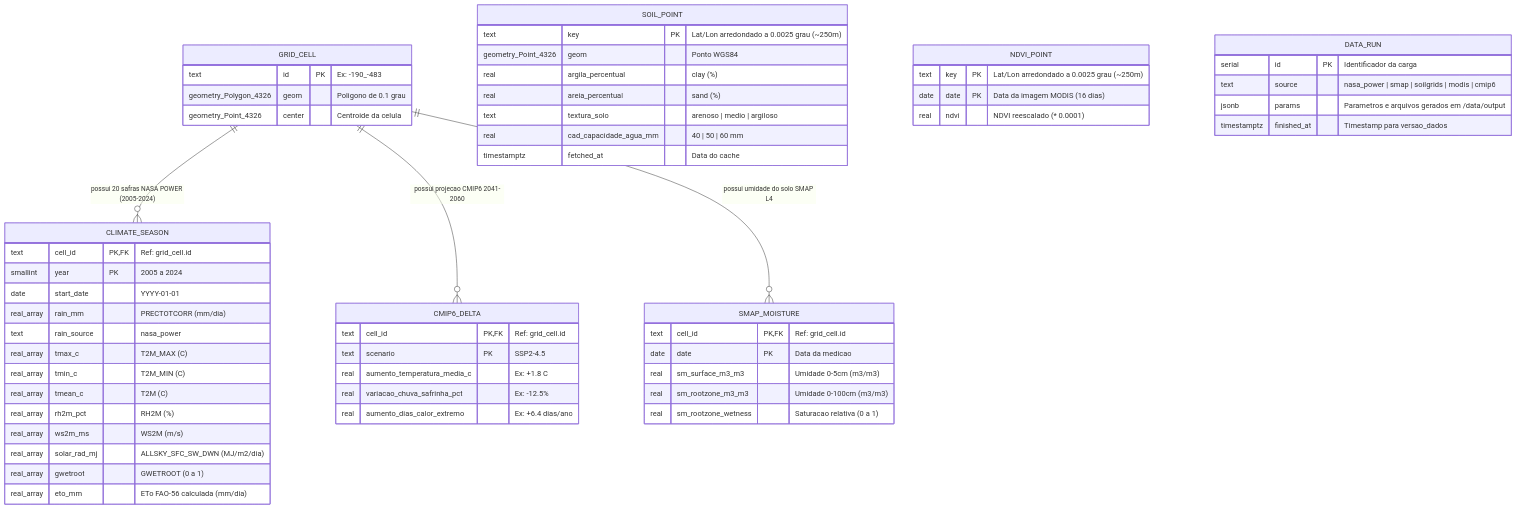
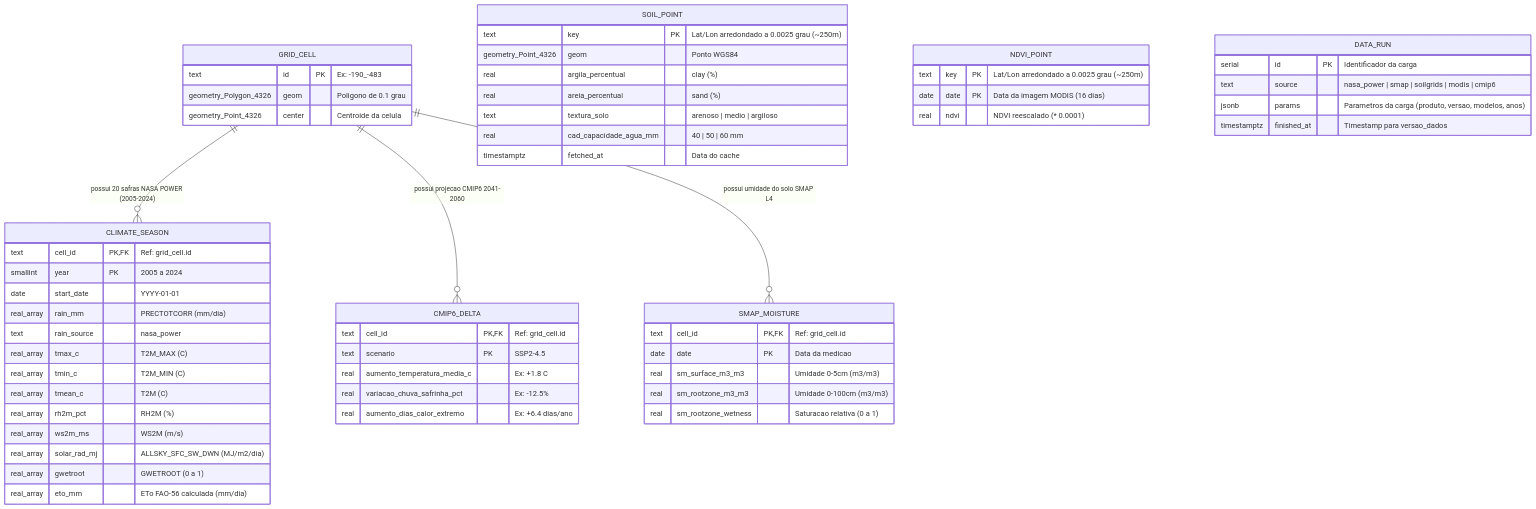
One commit to Ricardo07g/nasa-challenge changed the sixth of 6 diagrams in projeto/backend/docs/diagrama-de-classes.md. Above: the diagram before and after it, drawn with Mermaid. The commit also changed other lines of this file and 1 other file, not shown here.

First line of the commit message:
docs(backend): diagramas sem Earth Engine e com as classes reais (R0.4)

````diff
--- a/projeto/backend/docs/diagrama-de-classes.md
+++ b/projeto/backend/docs/diagrama-de-classes.md
@@ -512,67 +530,67 @@
 ```mermaid
 erDiagram
     GRID_CELL ||--o{ CLIMATE_SEASON : "possui 20 safras NASA POWER (2005-2024)"
     GRID_CELL ||--o{ CMIP6_DELTA : "possui projecao CMIP6 2041-2060"
     GRID_CELL ||--o{ SMAP_MOISTURE : "possui umidade do solo SMAP L4"
 
     GRID_CELL {
         text id PK "Ex: -190_-483"
         geometry_Polygon_4326 geom "Poligono de 0.1 grau"
         geometry_Point_4326 center "Centroide da celula"
     }
 
     CLIMATE_SEASON {
         text cell_id PK, FK "Ref: grid_cell.id"
         smallint year PK "2005 a 2024"
         date start_date "YYYY-01-01"
         real_array rain_mm "PRECTOTCORR (mm/dia)"
         text rain_source "nasa_power"
         real_array tmax_c "T2M_MAX (C)"
         real_array tmin_c "T2M_MIN (C)"
         real_array tmean_c "T2M (C)"
         real_array rh2m_pct "RH2M (%)"
         real_array ws2m_ms "WS2M (m/s)"
         real_array solar_rad_mj "ALLSKY_SFC_SW_DWN (MJ/m2/dia)"
         real_array gwetroot "GWETROOT (0 a 1)"
         real_array eto_mm "ETo FAO-56 calculada (mm/dia)"
     }
 
     SMAP_MOISTURE {
         text cell_id PK, FK "Ref: grid_cell.id"
         date date PK "Data da medicao"
         real sm_surface_m3_m3 "Umidade 0-5cm (m3/m3)"
         real sm_rootzone_m3_m3 "Umidade 0-100cm (m3/m3)"
         real sm_rootzone_wetness "Saturacao relativa (0 a 1)"
     }
 
     CMIP6_DELTA {
         text cell_id PK, FK "Ref: grid_cell.id"
         text scenario PK "SSP2-4.5"
         real aumento_temperatura_media_c "Ex: +1.8 C"
         real variacao_chuva_safrinha_pct "Ex: -12.5%"
         real aumento_dias_calor_extremo "Ex: +6.4 dias/ano"
     }
 
     SOIL_POINT {
         text key PK "Lat/Lon arredondado a 0.0025 grau (~250m)"
         geometry_Point_4326 geom "Ponto WGS84"
         real argila_percentual "clay (%)"
         real areia_percentual "sand (%)"
         text textura_solo "arenoso | medio | argiloso"
         real cad_capacidade_agua_mm "40 | 50 | 60 mm"
         timestamptz fetched_at "Data do cache"
     }
 
     NDVI_POINT {
         text key PK "Lat/Lon arredondado a 0.0025 grau (~250m)"
         date date PK "Data da imagem MODIS (16 dias)"
         real ndvi "NDVI reescalado (* 0.0001)"
     }
 
     DATA_RUN {
         serial id PK "Identificador da carga"
         text source "nasa_power | smap | soilgrids | modis | cmip6"
-        jsonb params "Parametros e arquivos gerados em /data/output"
+        jsonb params "Parametros da carga (produto, versao, modelos, anos)"
         timestamptz finished_at "Timestamp para versao_dados"
     }
 ```
````
